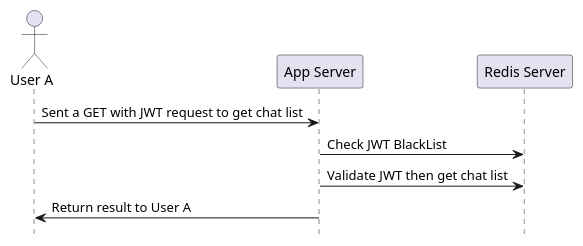
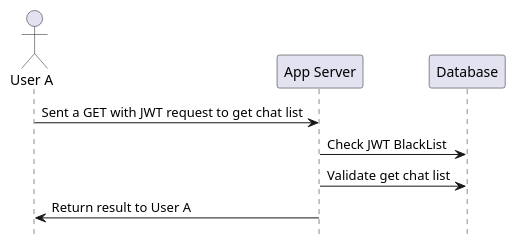
One commit to truongnh28/pchat changed the diagram in docs/View-chat-list.puml. Above: the diagram before and after it, drawn with PlantUML. The commit also changed 40 other files, not shown here.

```diff
--- a/docs/View-chat-list.puml
+++ b/docs/View-chat-list.puml
@@ -1,11 +1,11 @@
 @startuml
 hide footbox
 
 actor "User A"
 
 "User A" -> "App Server": Sent a GET with JWT request to get chat list
-"App Server" -> "Redis Server": Check JWT BlackList
-"App Server" -> "Redis Server": Validate JWT then get chat list
+"App Server" -> "Database": Check JWT BlackList
+"App Server" -> "Database": Validate get chat list
 "App Server" -> "User A": Return result to User A
 
 @enduml
```
